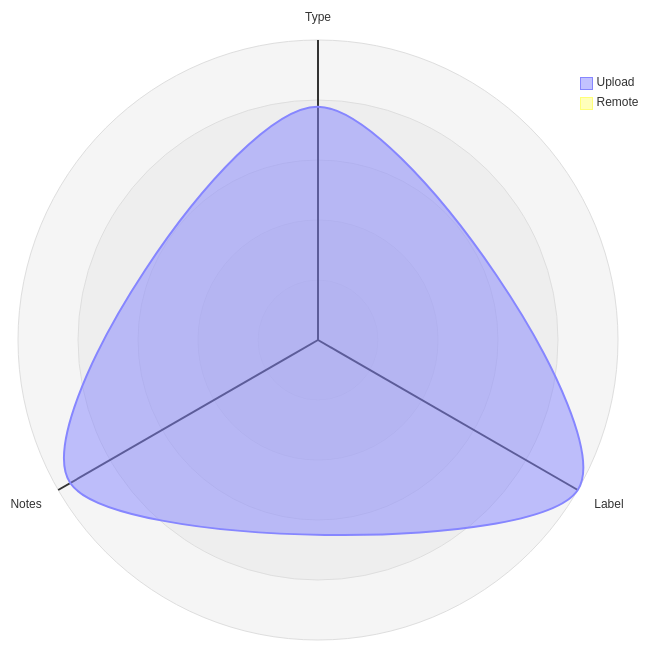
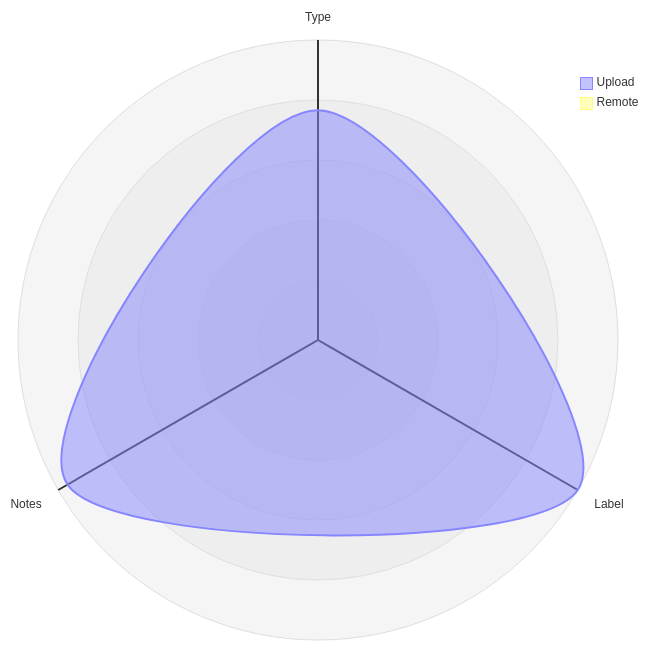
One commit to open-data/analytics-corporate-reporting changed the third of 5 diagrams in datastore_tracker/README.md. Above: the diagram before and after it, drawn with Mermaid. The commit also changed other lines of this file and 12 other files, not shown here.

````diff
--- a/datastore_tracker/README.md
+++ b/datastore_tracker/README.md
@@ -64,12 +104,12 @@
 ```mermaid
 radar-beta
   axis T["Type"], L["Label"], N["Notes"]
-  curve u["Upload"]{0.00084, 0.00108, 0.00103}
+  curve u["Upload"]{0.00085, 0.00111, 0.00107}
   curve r["Remote"]{0, 0, 0}
 
   showLegend true
 
   min 0
   graticule circle
   ticks 5
 ```
````
